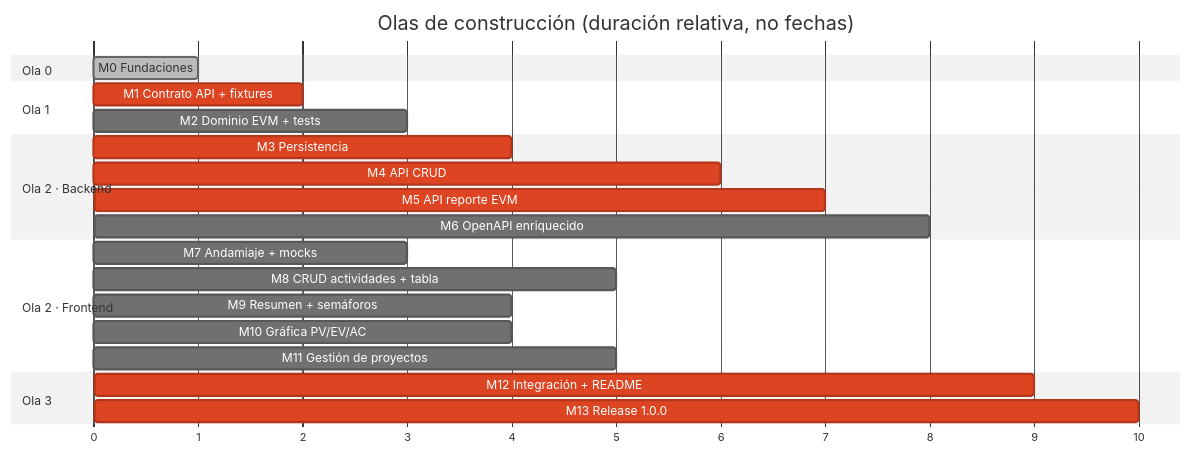
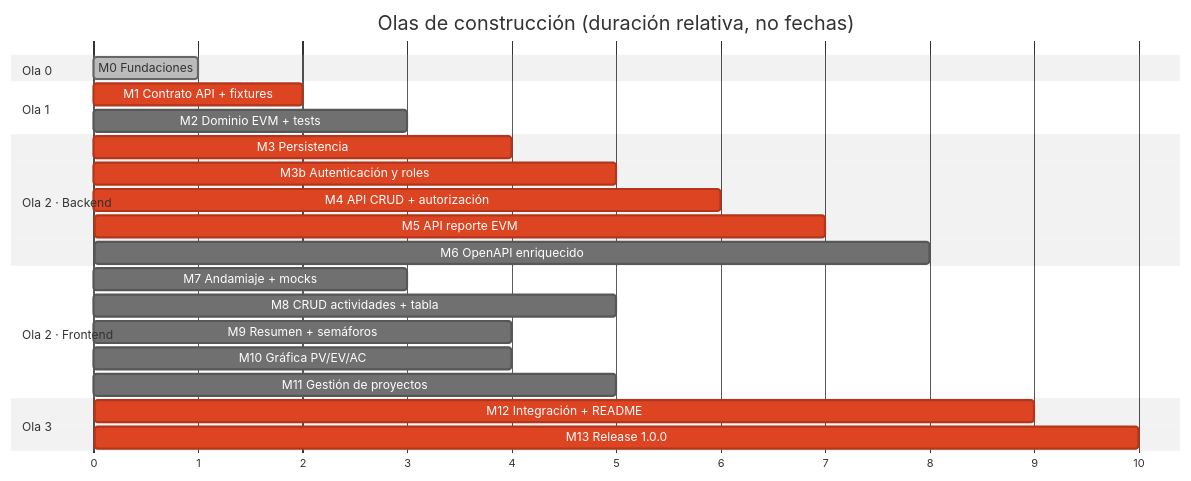
Before and after one commit to MichaelCocuy/Striker_EVM: the fourth of 4 diagrams in docs/ARQUITECTURA.md, drawn with Mermaid (neutral theme). The commit also changed other lines of this file, not shown here.

First line of the commit message:
Define stack, roles module and frontend design guidelines

````diff
--- a/docs/ARQUITECTURA.md
+++ b/docs/ARQUITECTURA.md
@@ -271,30 +297,31 @@
 ```mermaid
 gantt
     title Olas de construcción (duración relativa, no fechas)
     dateFormat  X
     axisFormat  %s
 
     section Ola 0
     M0 Fundaciones                :done, m0, 0, 1
 
     section Ola 1
     M1 Contrato API + fixtures    :crit, m1, 1, 2
     M2 Dominio EVM + tests        :m2, 1, 3
 
     section Ola 2 · Backend
     M3 Persistencia               :crit, m3, 2, 4
-    M4 API CRUD                   :crit, m4, 4, 6
+    M3b Autenticación y roles     :crit, m3b, 4, 5
+    M4 API CRUD + autorización    :crit, m4, 5, 6
     M5 API reporte EVM            :crit, m5, 6, 7
     M6 OpenAPI enriquecido        :m6, 7, 8
 
     section Ola 2 · Frontend
     M7 Andamiaje + mocks          :m7, 2, 3
     M8 CRUD actividades + tabla   :m8, 3, 5
     M9 Resumen + semáforos        :m9, 3, 4
     M10 Gráfica PV/EV/AC          :m10, 3, 4
     M11 Gestión de proyectos      :m11, 4, 5
 
     section Ola 3
     M12 Integración + README      :crit, m12, 8, 9
     M13 Release 1.0.0             :crit, m13, 9, 10
 ```
````
